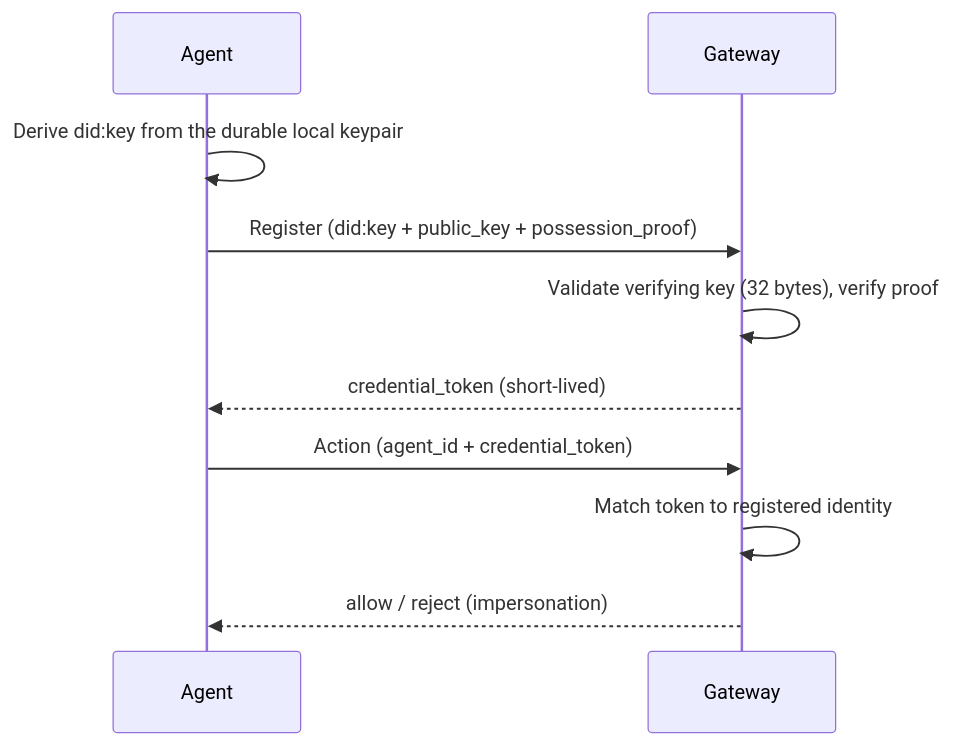
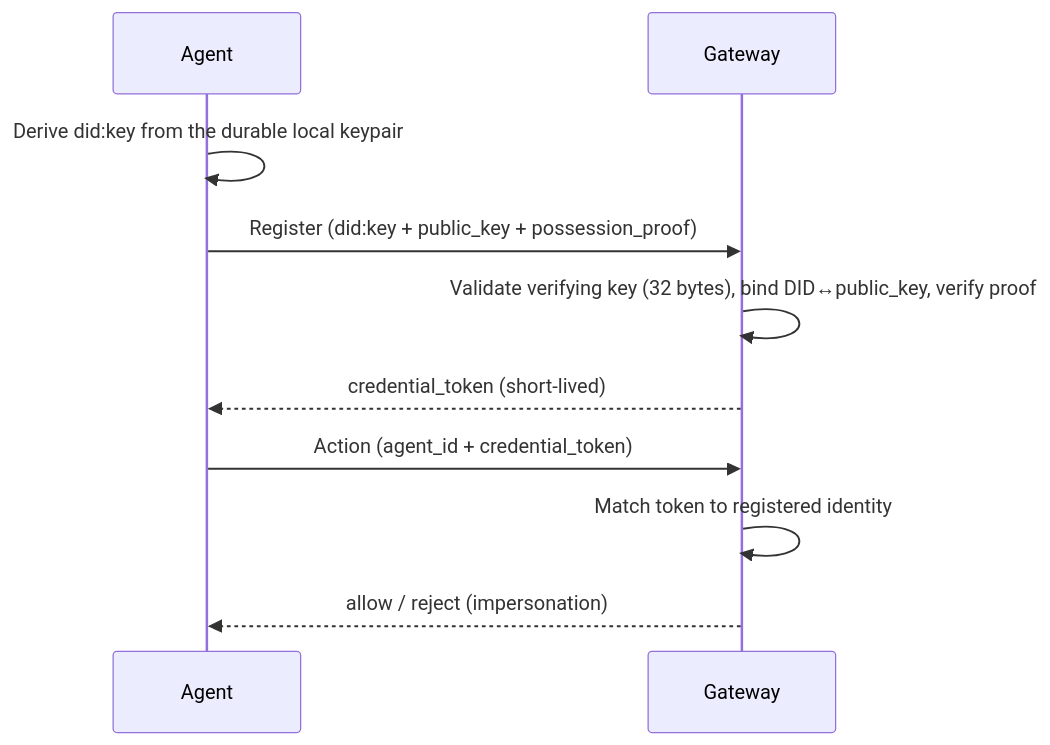
The diagram in docs/src/concepts/did.md (ai-agent-assembly/agent-assembly), drawn with Mermaid before and after one commit. The commit also changed other lines of this file and 2 other files, not shown here.

First line of the commit message:
📝 docs(concepts): Correct the DID registration story and drop a stale "immutable"

````diff
--- a/docs/src/concepts/did.md
+++ b/docs/src/concepts/did.md
@@ -40,12 +68,12 @@
 ```mermaid
 sequenceDiagram
     participant A as Agent
     participant G as Gateway
     A->>A: Derive did:key from the durable local keypair
     A->>G: Register (did:key + public_key + possession_proof)
-    G->>G: Validate verifying key (32 bytes), verify proof
+    G->>G: Validate verifying key (32 bytes), bind DID↔public_key, verify proof
     G-->>A: credential_token (short-lived)
     A->>G: Action (agent_id + credential_token)
     G->>G: Match token to registered identity
     G-->>A: allow / reject (impersonation)
 ```
````
